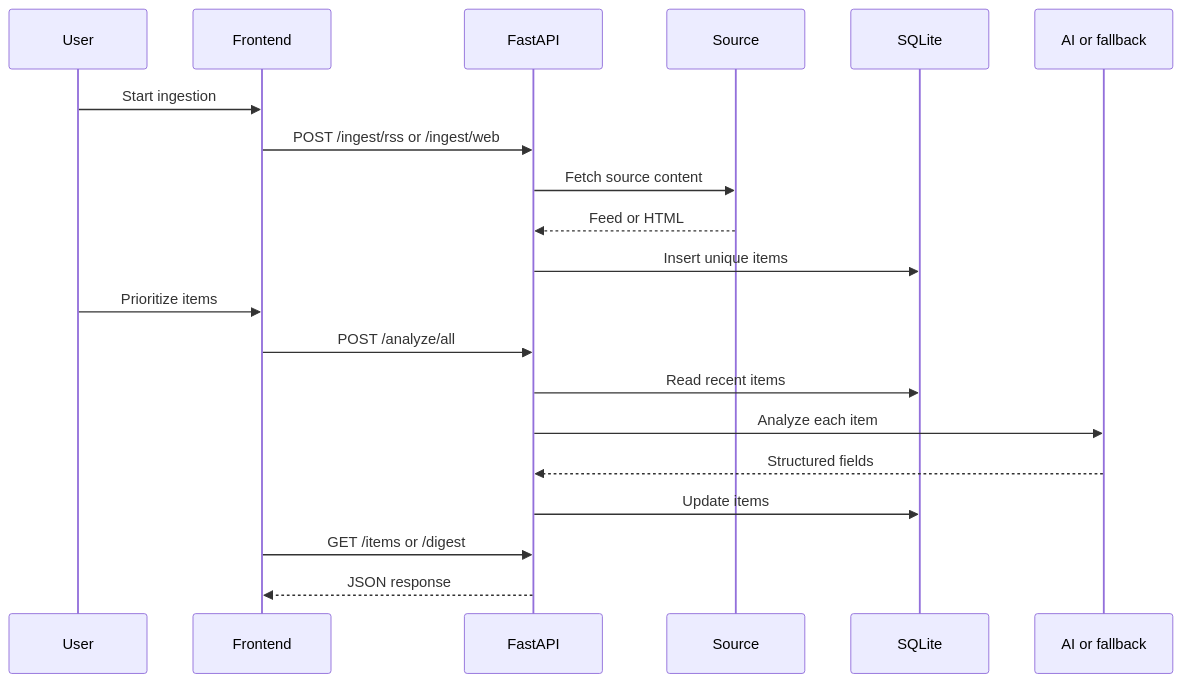
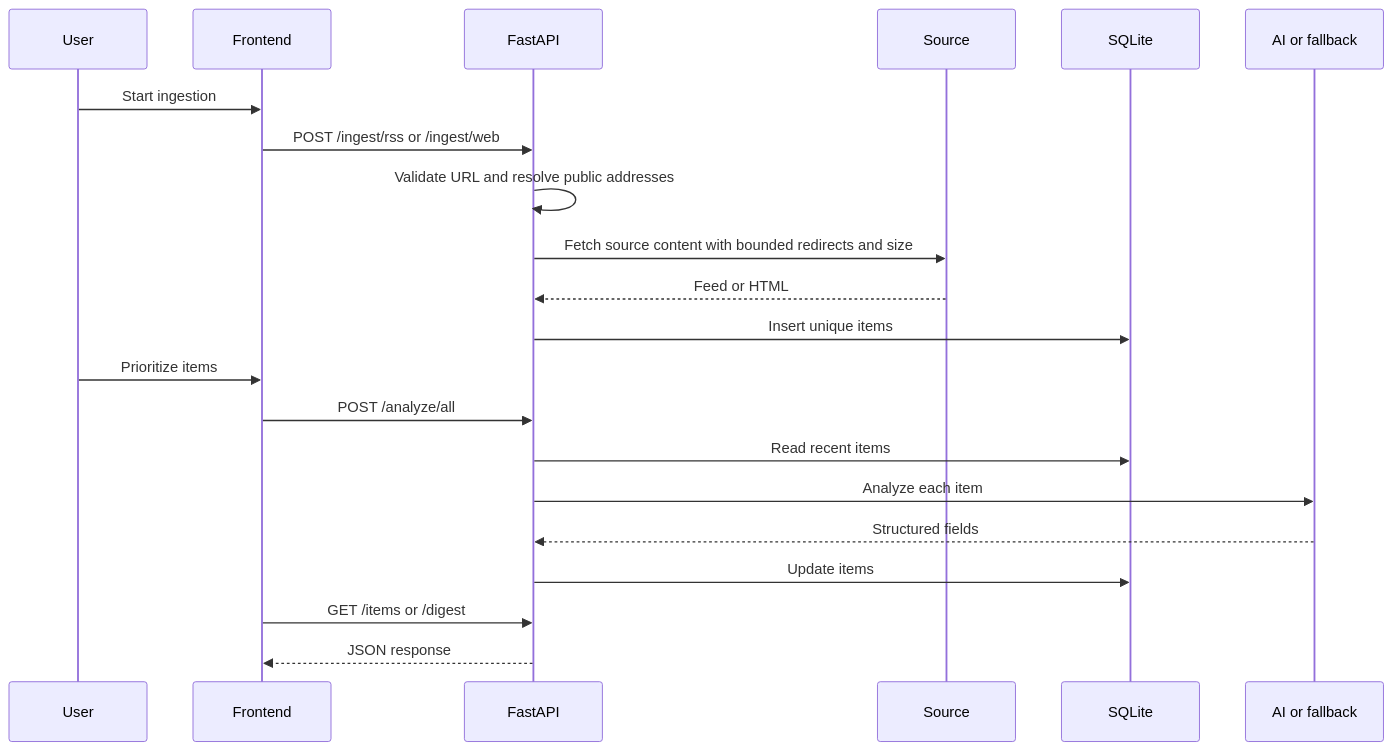
The first of 2 diagrams in docs/ARCHITECTURE.md (AhmadOthmann/ngo-intelligence-dashboard), drawn with Mermaid before and after one commit. The commit also changed other lines of this file and 55 other files, not shown here.

````diff
--- a/docs/ARCHITECTURE.md
+++ b/docs/ARCHITECTURE.md
@@ -31,23 +32,24 @@
 ```mermaid
 sequenceDiagram
     participant U as User
     participant F as Frontend
     participant A as FastAPI
     participant S as Source
     participant D as SQLite
     participant M as AI or fallback
 
     U->>F: Start ingestion
     F->>A: POST /ingest/rss or /ingest/web
-    A->>S: Fetch source content
+    A->>A: Validate URL and resolve public addresses
+    A->>S: Fetch source content with bounded redirects and size
     S-->>A: Feed or HTML
     A->>D: Insert unique items
     U->>F: Prioritize items
     F->>A: POST /analyze/all
     A->>D: Read recent items
     A->>M: Analyze each item
     M-->>A: Structured fields
     A->>D: Update items
     F->>A: GET /items or /digest
     A-->>F: JSON response
 ```
````
